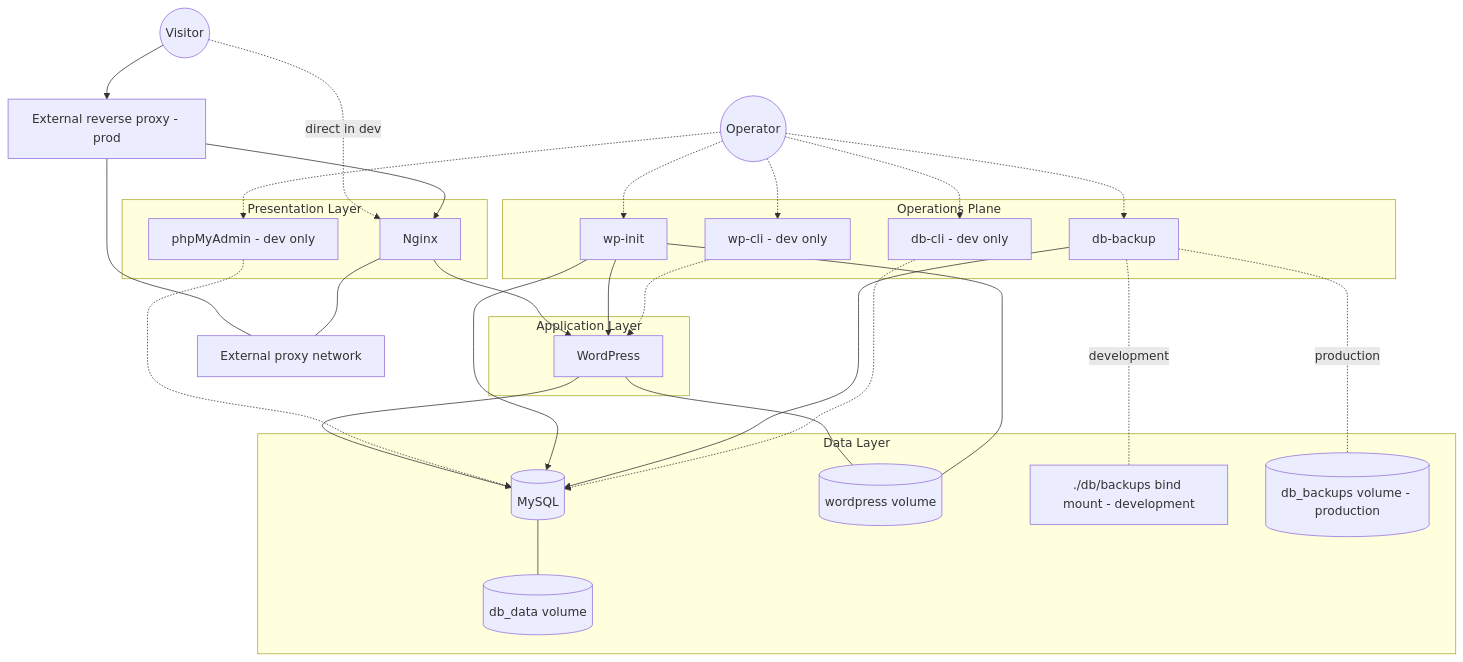
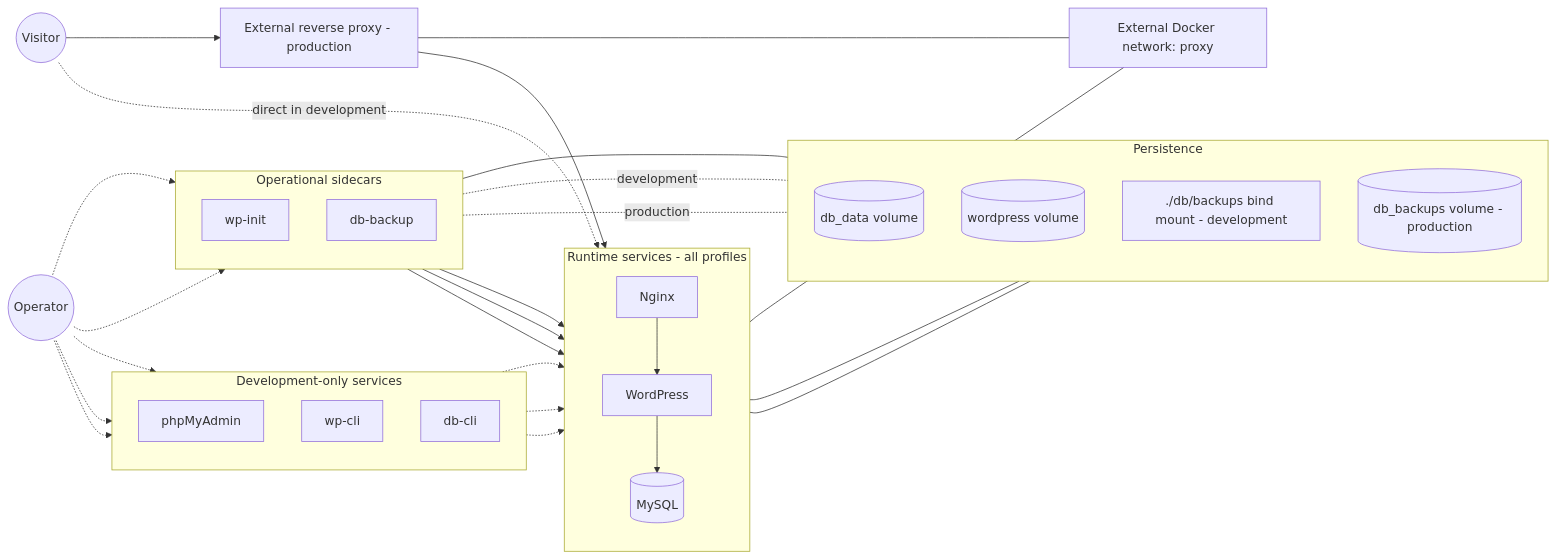
Before and after one commit to taygumus/wp-docker-stack: the second of 2 diagrams in README.md, drawn with Mermaid.

Commit message:
docs: mermaid diagram

````diff
--- a/README.md
+++ b/README.md
@@ -237,58 +237,63 @@
 ```mermaid
-flowchart TB
+flowchart LR
     Visitor((Visitor))
     Operator((Operator))
 
-    Proxy["External reverse proxy - prod"]
-    ProxyNet["External proxy network"]
+    Proxy["External reverse proxy - production"]
+    ProxyNet["External Docker network: proxy"]
 
-    subgraph Edge [Presentation Layer]
+    subgraph Runtime [Runtime services - all profiles]
+        direction TB
         Nginx[Nginx]
-        PMA["phpMyAdmin - dev only"]
+        WP[WordPress]
+        DB[(MySQL)]
     end
 
-    subgraph App [Application Layer]
-        WP[WordPress]
+    subgraph DevTools [Development-only services]
+        direction TB
+        PMA[phpMyAdmin]
+        WP_CLI[wp-cli]
+        DB_CLI[db-cli]
     end
 
-    subgraph Data [Data Layer]
-        DB[(MySQL)]
+    subgraph Ops [Operational sidecars]
+        direction TB
+        WP_INIT[wp-init]
+        DB_BACKUP[db-backup]
+    end
+
+    subgraph Storage [Persistence]
+        direction TB
         V_DB[(db_data volume)]
         V_WP[(wordpress volume)]
         V_BKP_DEV["./db/backups bind mount - development"]
         V_BKP_PROD[(db_backups volume - production)]
     end
 
-    subgraph Ops [Operations Plane]
-        WP_INIT[wp-init]
-        DB_BACKUP[db-backup]
-        WP_CLI["wp-cli - dev only"]
-        DB_CLI["db-cli - dev only"]
-    end
-
-    Visitor -. direct in dev .-> Nginx
+    Visitor -. direct in development .-> Nginx
     Visitor --> Proxy --> Nginx
     Proxy --- ProxyNet
     Nginx --- ProxyNet
 
     Nginx --> WP --> DB
 
     DB --- V_DB
     WP --- V_WP
     WP_INIT --- V_WP
     DB_BACKUP -. development .- V_BKP_DEV
     DB_BACKUP -. production .- V_BKP_PROD
 
-    PMA -.-> DB
-    WP_INIT --> WP
-    WP_INIT --> DB
-    DB_BACKUP --> DB
-    WP_CLI -.-> WP
-    DB_CLI -.-> DB
-
     Operator -.-> PMA
     Operator -.-> WP_CLI
     Operator -.-> DB_CLI
     Operator -.-> WP_INIT
     Operator -.-> DB_BACKUP
+
+    PMA -.-> DB
+    WP_CLI -.-> WP
+    DB_CLI -.-> DB
+
+    WP_INIT --> WP
+    WP_INIT --> DB
+    DB_BACKUP --> DB
 ```
````
